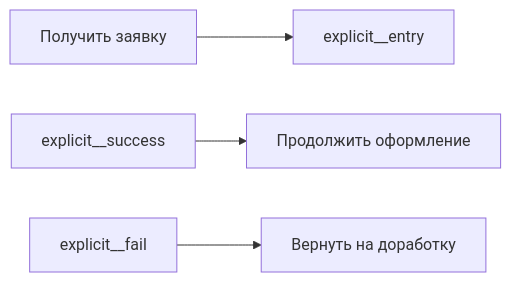
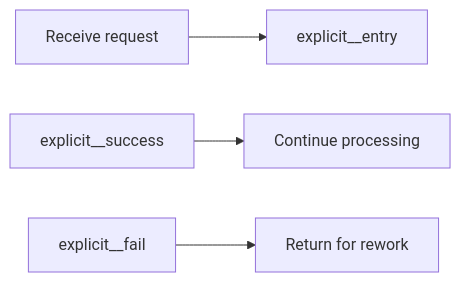
One commit to bnku/mdmm changed the second of 2 diagrams in examples/docs/fragment-include.md. Above: the diagram before and after it, drawn with Mermaid. The commit also changed other lines of this file and 20 other files, not shown here.

First line of the commit message:
refactor(core): rename whole-diagram to diagram terminology

````diff
--- a/examples/docs/fragment-include.md
+++ b/examples/docs/fragment-include.md
@@ -15,7 +15,7 @@
 ```mermaid
 flowchart LR
-Start[Получить заявку] --> explicit__entry
+Start[Receive request] --> explicit__entry
 %% include: ../shared/verification-fragment.md#verification-fragment.fragment as explicit
-explicit__success --> Offer[Продолжить оформление]
-explicit__fail --> Rework[Вернуть на доработку]
+explicit__success --> Offer[Continue processing]
+explicit__fail --> Rework[Return for rework]
 ```
````
